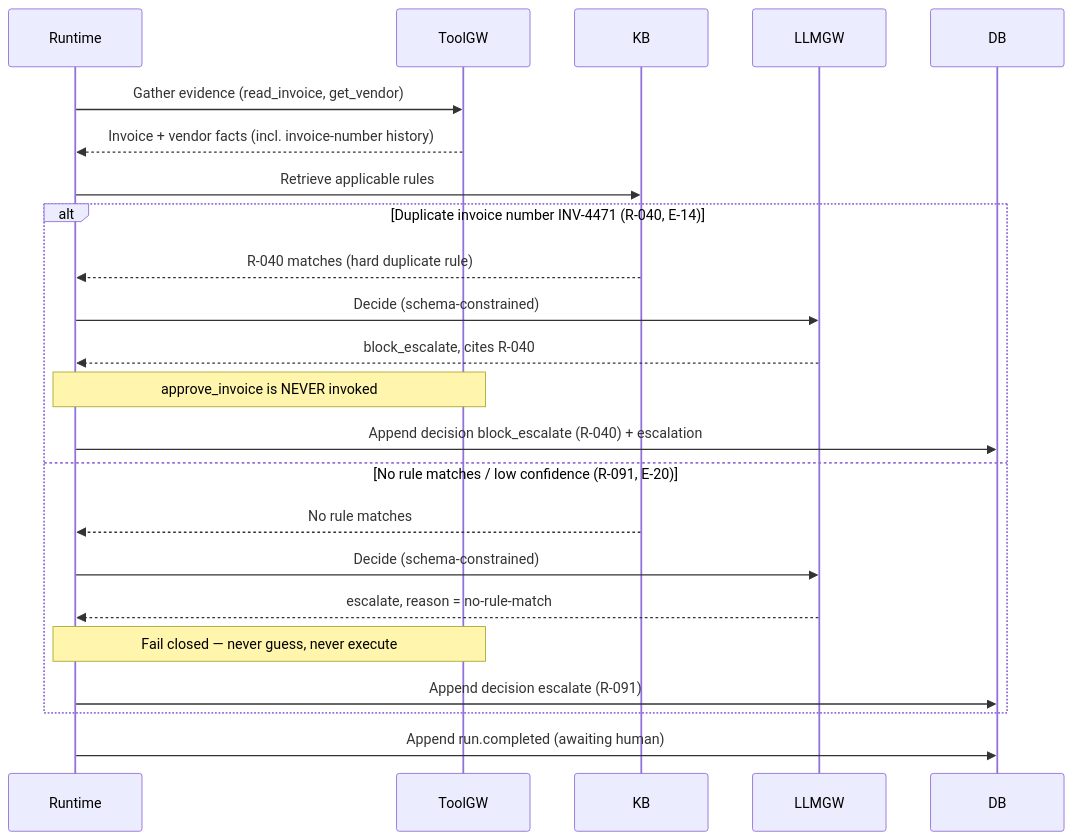
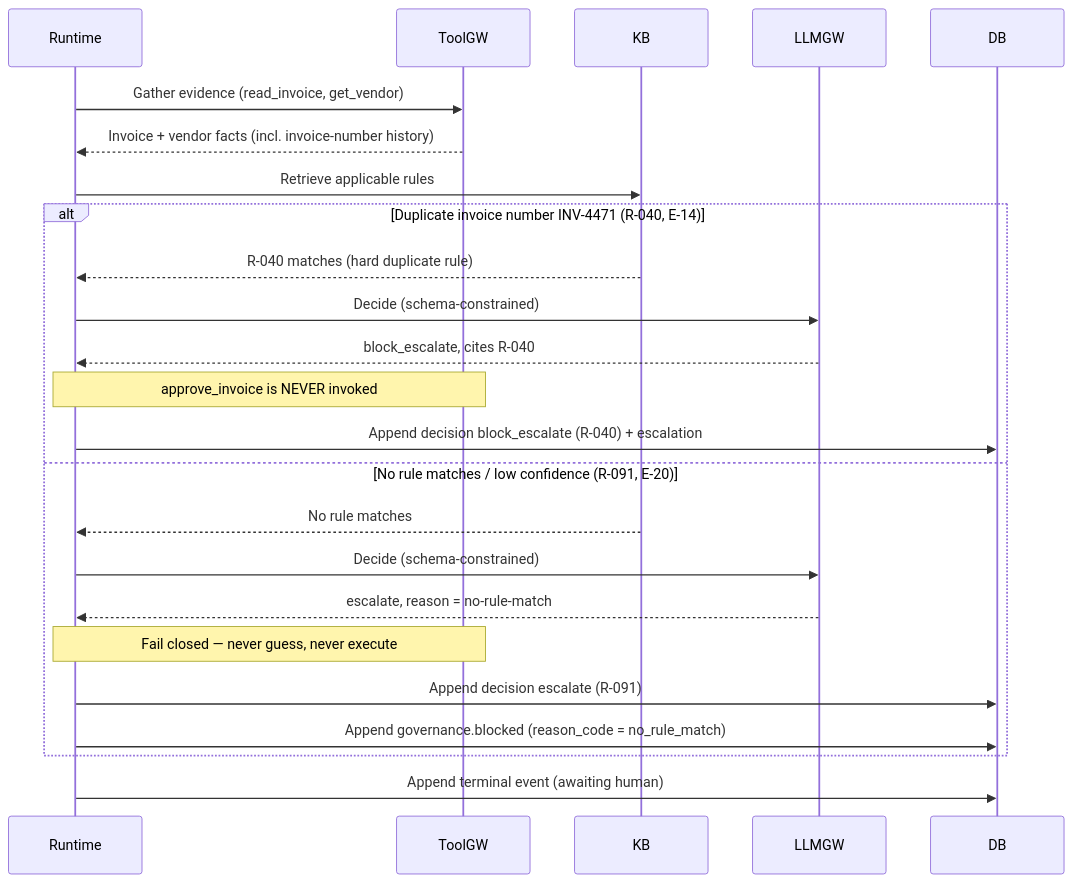
The diagram in docs/02-architecture/diagrams/seq-guardrail-block.md (Roygrh/forge), drawn with Mermaid before and after one commit. The commit also changed other lines of this file and 44 other files, not shown here.

Commit message:
feat: governance in depth — autonomy enforcement, fail-closed reason codes, hard limits, visible governance events (Phase 4.2)

````diff
--- a/docs/02-architecture/diagrams/seq-guardrail-block.md
+++ b/docs/02-architecture/diagrams/seq-guardrail-block.md
@@ -9,26 +9,27 @@
 ```mermaid
 sequenceDiagram
     participant Runtime
     participant ToolGW
     participant KB
     participant LLMGW
     participant DB
 
     Runtime->>ToolGW: Gather evidence (read_invoice, get_vendor)
     ToolGW-->>Runtime: Invoice + vendor facts (incl. invoice-number history)
     Runtime->>KB: Retrieve applicable rules
     alt Duplicate invoice number INV-4471 (R-040, E-14)
         KB-->>Runtime: R-040 matches (hard duplicate rule)
         Runtime->>LLMGW: Decide (schema-constrained)
         LLMGW-->>Runtime: block_escalate, cites R-040
         Note over Runtime,ToolGW: approve_invoice is NEVER invoked
         Runtime->>DB: Append decision block_escalate (R-040) + escalation
     else No rule matches / low confidence (R-091, E-20)
         KB-->>Runtime: No rule matches
         Runtime->>LLMGW: Decide (schema-constrained)
         LLMGW-->>Runtime: escalate, reason = no-rule-match
         Note over Runtime,ToolGW: Fail closed — never guess, never execute
-        Runtime->>DB: Append decision escalate (R-091)
+            Runtime->>DB: Append decision escalate (R-091)
+        Runtime->>DB: Append governance.blocked (reason_code = no_rule_match)
     end
-    Runtime->>DB: Append run.completed (awaiting human)
+    Runtime->>DB: Append terminal event (awaiting human)
 ```
````
